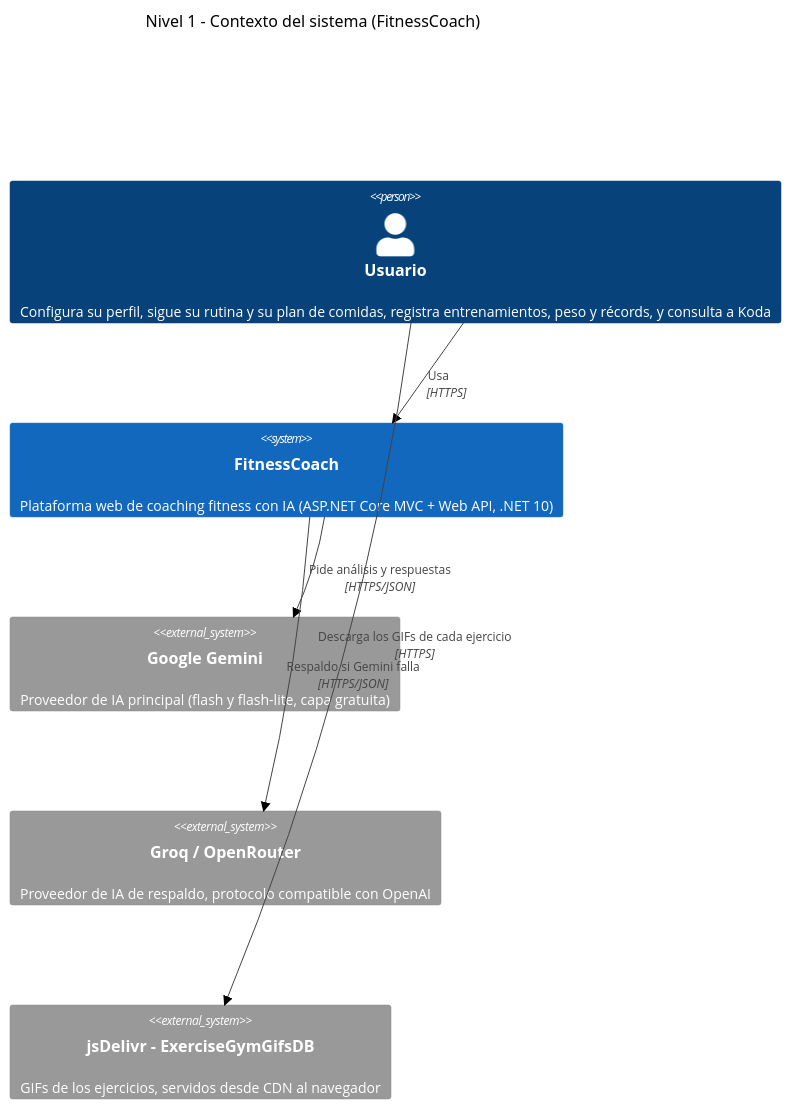
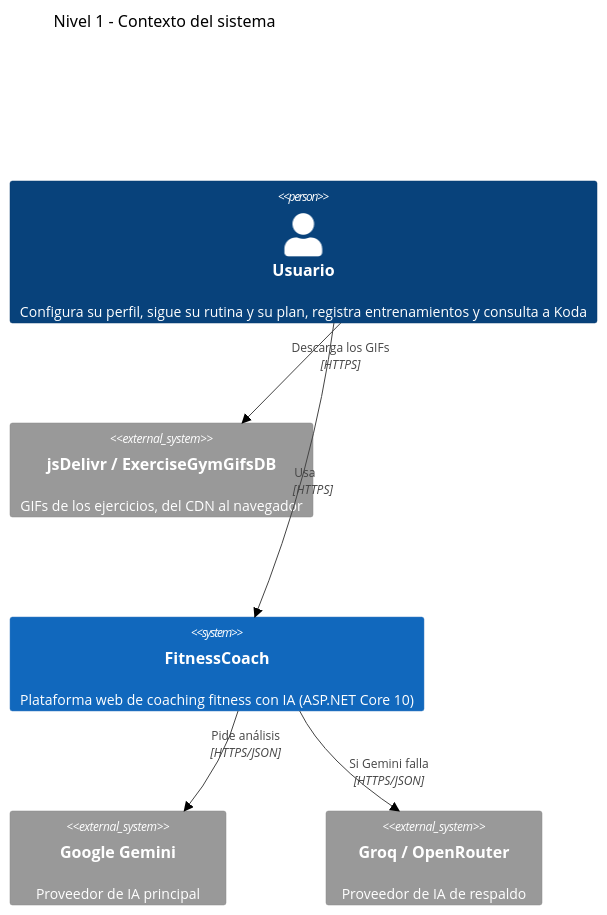
One commit to mateomartin21/FitnessCoach changed the first of 5 diagrams in docs/diagrama-arquitectura.md. Above: the diagram before and after it, drawn with Mermaid (neutral theme). The commit also changed other lines of this file and 1 other file, not shown here.

First line of the commit message:
docs: diagramas legibles y enlazados desde el README

````diff
--- a/docs/diagrama-arquitectura.md
+++ b/docs/diagrama-arquitectura.md
@@ -8,19 +22,23 @@
 ```mermaid
 C4Context
-    title Nivel 1 - Contexto del sistema (FitnessCoach)
+    title Nivel 1 - Contexto del sistema
 
-    Person(usuario, "Usuario", "Configura su perfil, sigue su rutina y su plan de comidas, registra entrenamientos, peso y récords, y consulta a Koda")
+    Person(usuario, "Usuario", "Configura su perfil, sigue su rutina y su plan, registra entrenamientos y consulta a Koda")
+    System_Ext(gifs, "jsDelivr / ExerciseGymGifsDB", "GIFs de los ejercicios, del CDN al navegador")
 
-    System(fitnessCoach, "FitnessCoach", "Plataforma web de coaching fitness con IA (ASP.NET Core MVC + Web API, .NET 10)")
+    System(fitnessCoach, "FitnessCoach", "Plataforma web de coaching fitness con IA (ASP.NET Core 10)")
+    System_Ext(gemini, "Google Gemini", "Proveedor de IA principal")
 
-    System_Ext(gemini, "Google Gemini", "Proveedor de IA principal (flash y flash-lite, capa gratuita)")
-    System_Ext(groq, "Groq / OpenRouter", "Proveedor de IA de respaldo, protocolo compatible con OpenAI")
-    System_Ext(gifs, "jsDelivr - ExerciseGymGifsDB", "GIFs de los ejercicios, servidos desde CDN al navegador")
+    System_Ext(groq, "Groq / OpenRouter", "Proveedor de IA de respaldo")
 
+    Rel(usuario, gifs, "Descarga los GIFs", "HTTPS")
     Rel(usuario, fitnessCoach, "Usa", "HTTPS")
-    Rel(fitnessCoach, gemini, "Pide análisis y respuestas", "HTTPS/JSON")
-    Rel(fitnessCoach, groq, "Respaldo si Gemini falla", "HTTPS/JSON")
-    Rel(usuario, gifs, "Descarga los GIFs de cada ejercicio", "HTTPS")
+    Rel(fitnessCoach, gemini, "Pide análisis", "HTTPS/JSON")
+    Rel(fitnessCoach, groq, "Si Gemini falla", "HTTPS/JSON")
 
-    UpdateRelStyle(usuario, gifs, $offsetY="-30")
+    UpdateLayoutConfig($c4ShapeInRow="2", $c4BoundaryInRow="1")
+
+    %% Sin esto las etiquetas caen justo sobre la descripcion de la caja de destino.
+    UpdateRelStyle(usuario, gifs, $offsetY="-28")
+    UpdateRelStyle(fitnessCoach, gemini, $offsetY="-28")
 ```
````
